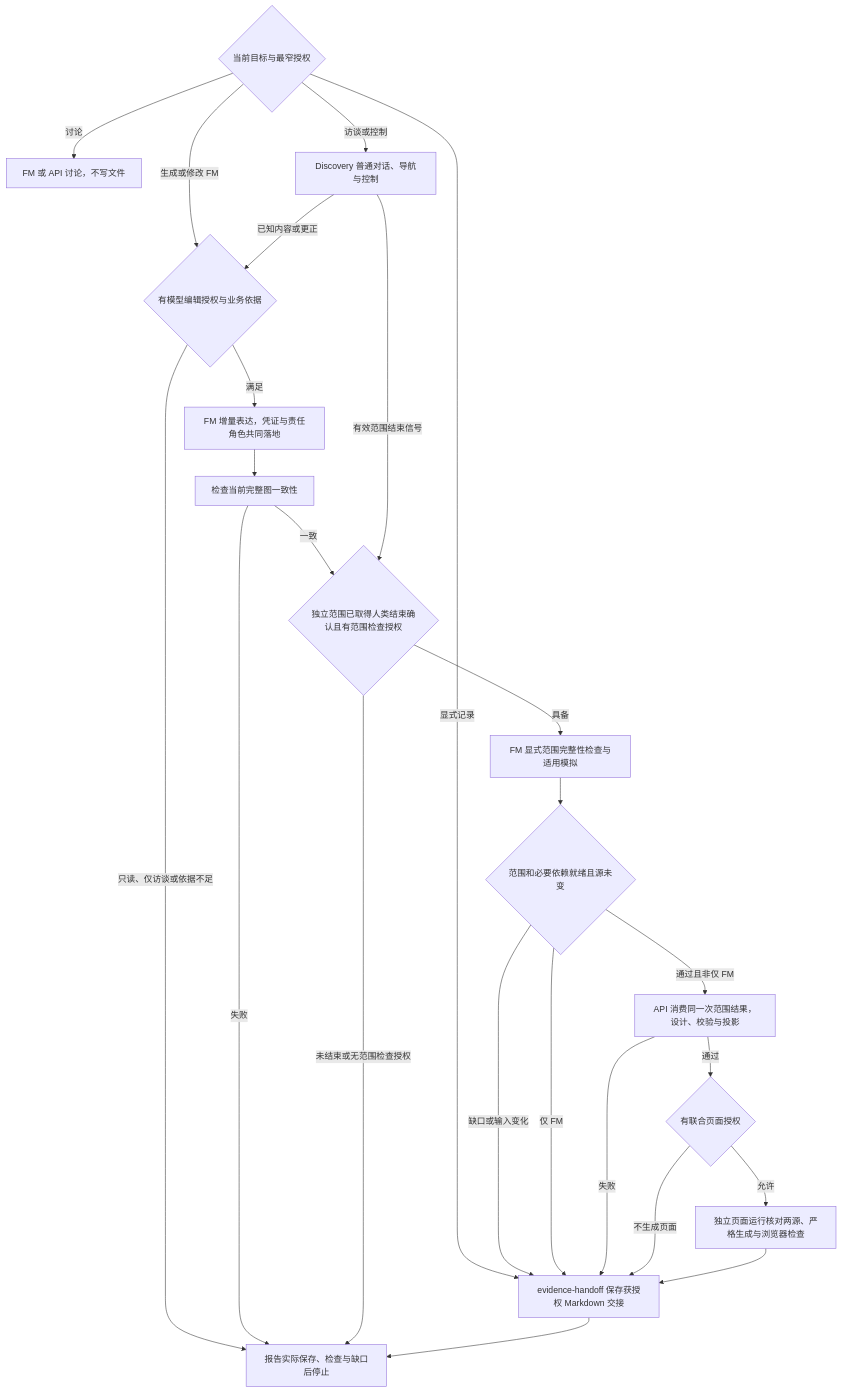
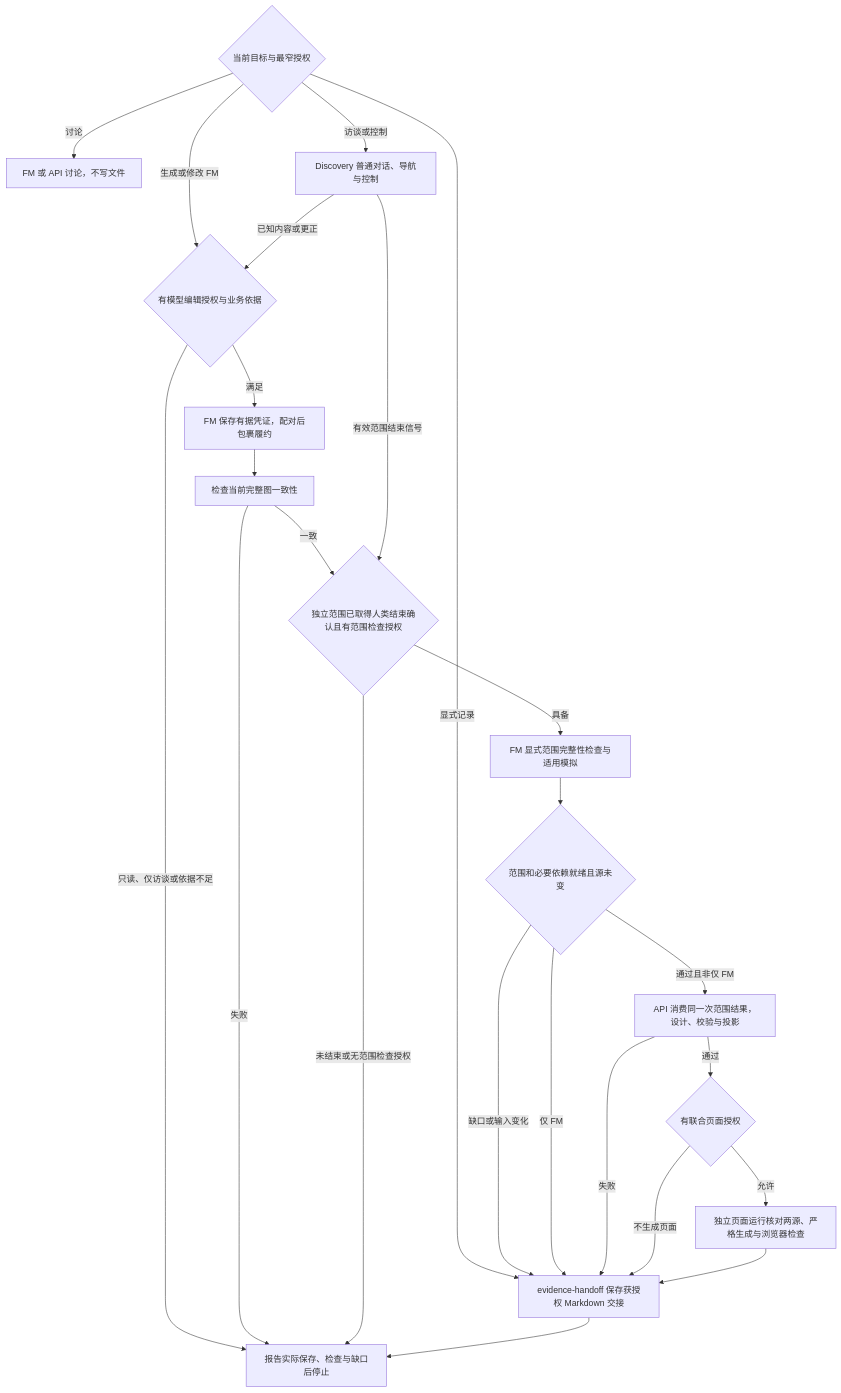
The second of 2 diagrams in .agents/skills/evidence-modeling/references/workflow.md (JayClock/Evidence-Framework), drawn with Mermaid before and after one commit. The commit also changed other lines of this file and 89 other files, not shown here.

````diff
--- a/.agents/skills/evidence-modeling/references/workflow.md
+++ b/.agents/skills/evidence-modeling/references/workflow.md
@@ -27,40 +27,40 @@
 ```mermaid
 flowchart TD
     intent{当前目标与最窄授权}
     discussion[FM 或 API 讨论，不写文件]
     discovery[Discovery 普通对话、导航与控制]
     authorized{有模型编辑授权与业务依据}
-    fm[FM 增量表达，凭证与责任角色共同落地]
+    fm[FM 保存有据凭证，配对后包裹履约]
     check[检查当前完整图一致性]
     endScope{独立范围已取得人类结束确认且有范围检查授权}
     complete[FM 显式范围完整性检查与适用模拟]
     ready{范围和必要依赖就绪且源未变}
     api[API 消费同一次范围结果，设计、校验与投影]
     page{有联合页面授权}
     review[独立页面运行核对两源、严格生成与浏览器检查]
     manual[evidence-handoff 保存获授权 Markdown 交接]
     handoff[报告实际保存、检查与缺口后停止]
     intent -->|讨论| discussion
     intent -->|访谈或控制| discovery
     intent -->|生成或修改 FM| authorized
     intent -->|显式记录| manual
     discovery -->|已知内容或更正| authorized
     authorized -->|满足| fm
     authorized -->|只读、仅访谈或依据不足| handoff
     fm --> check
     check -->|失败| handoff
     check -->|一致| endScope
     discovery -->|有效范围结束信号| endScope
     endScope -->|未结束或无范围检查授权| handoff
     endScope -->|具备| complete
     complete --> ready
     ready -->|缺口或输入变化| manual
     ready -->|通过且非仅 FM| api
     ready -->|仅 FM| manual
     api -->|失败| manual
     api -->|通过| page
     page -->|允许| review
     page -->|不生成页面| manual
     review --> manual
     manual --> handoff
 ```
````
